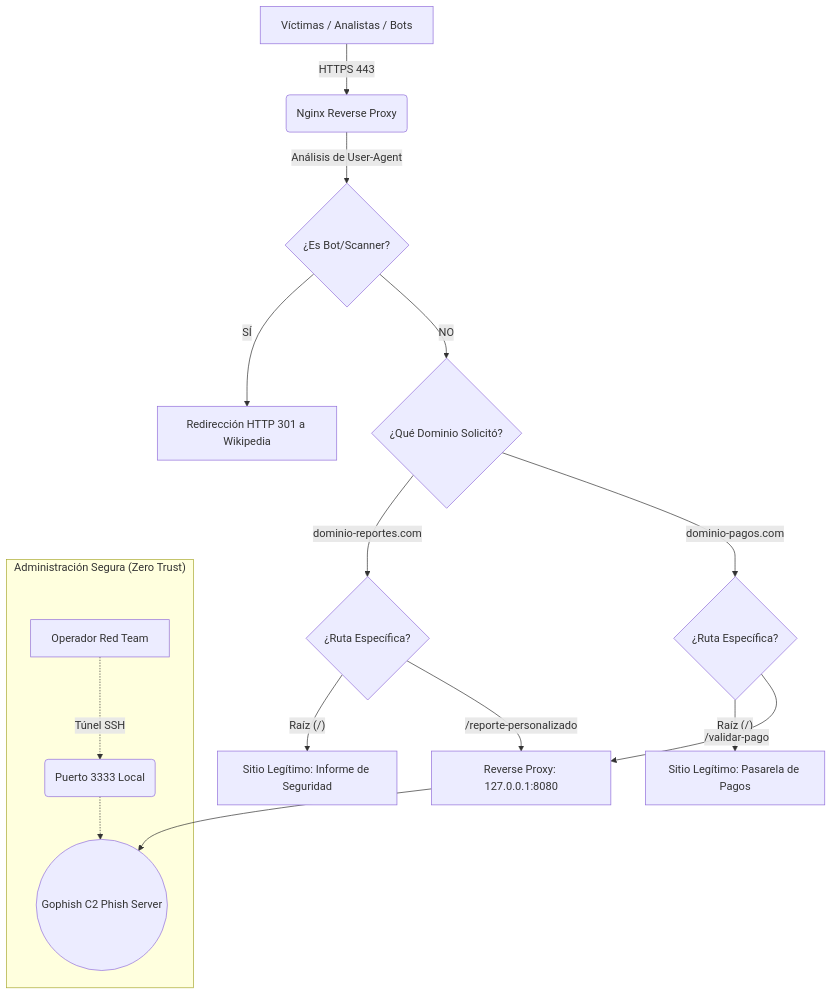
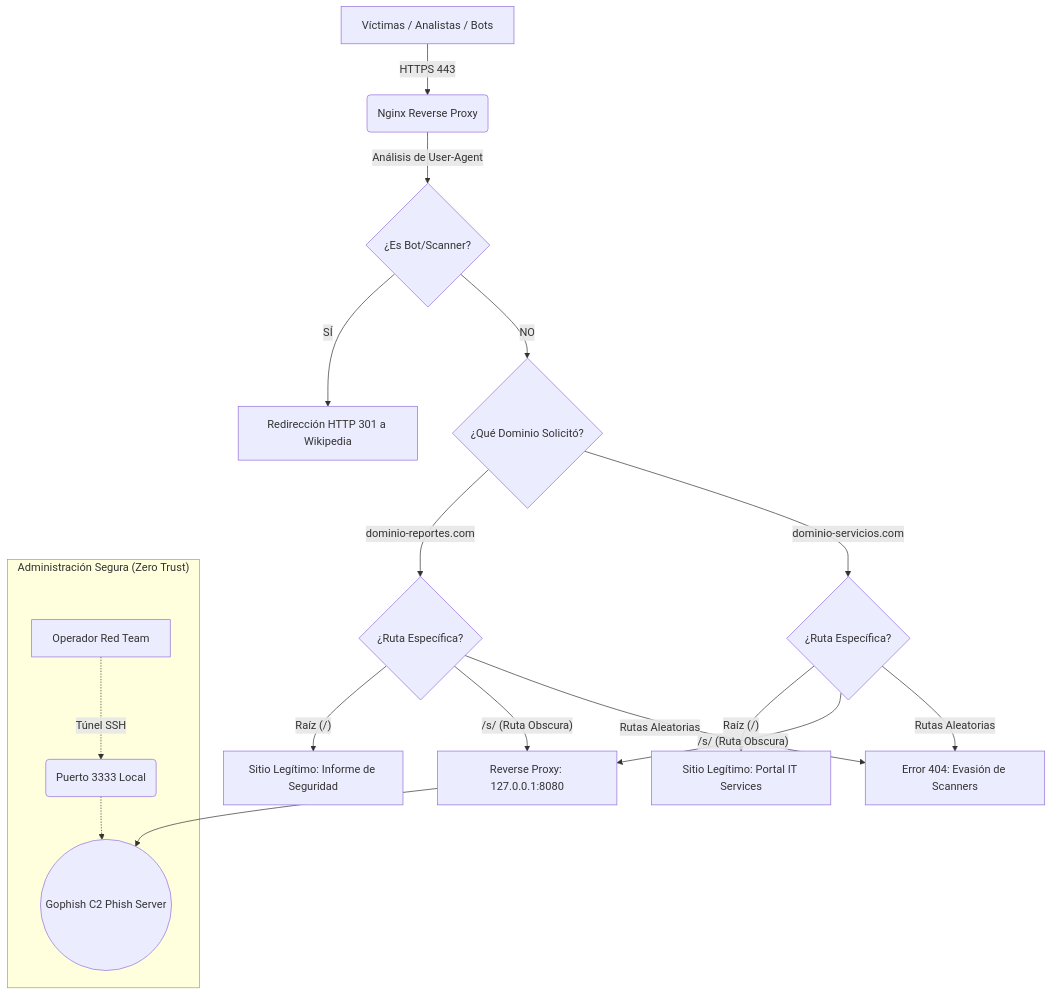
The diagram in Infrastructure-Defense/Nginx-Reverse-Proxy-Research/README.md (LukaSefan/Cybersecurity-Ops-Lab), drawn with Mermaid before and after one commit. The commit also changed other lines of this file, not shown here.

````diff
--- a/Infrastructure-Defense/Nginx-Reverse-Proxy-Research/README.md
+++ b/Infrastructure-Defense/Nginx-Reverse-Proxy-Research/README.md
@@ -13,25 +13,27 @@
 ```mermaid
 graph TD
     A[Víctimas / Analistas / Bots] -->|HTTPS 443| B(Nginx Reverse Proxy)
     
     B -->|Análisis de User-Agent| C{¿Es Bot/Scanner?}
     
     C -- SÍ --> D[Redirección HTTP 301 a Wikipedia]
     C -- NO --> E{¿Qué Dominio Solicitó?}
     
     E -- dominio-reportes.com --> F{¿Ruta Específica?}
-    E -- dominio-pagos.com --> G{¿Ruta Específica?}
+    E -- dominio-servicios.com --> G{¿Ruta Específica?}
     
     F -- Raíz (/) --> H[Sitio Legítimo: Informe de Seguridad]
-    F -- /reporte-personalizado --> I[Reverse Proxy: 127.0.0.1:8080]
+    F -- /s/ (Ruta Obscura) --> I[Reverse Proxy: 127.0.0.1:8080]
+    F -- Rutas Aleatorias --> J[Error 404: Evasión de Scanners]
     
-    G -- Raíz (/) --> J[Sitio Legítimo: Pasarela de Pagos]
-    G -- /validar-pago --> I
+    G -- Raíz (/) --> K[Sitio Legítimo: Portal IT Services]
+    G -- /s/ (Ruta Obscura) --> I
+    G -- Rutas Aleatorias --> J
     
-    I --> K((Gophish C2 Phish Server))
+    I --> L((Gophish C2 Phish Server))
     
     subgraph "Administración Segura (Zero Trust)"
-    L[Operador Red Team] -.->|Túnel SSH| M(Puerto 3333 Local)
-    M -.-> K
+    M[Operador Red Team] -.->|Túnel SSH| N(Puerto 3333 Local)
+    N -.-> L
     end
 ```
````
